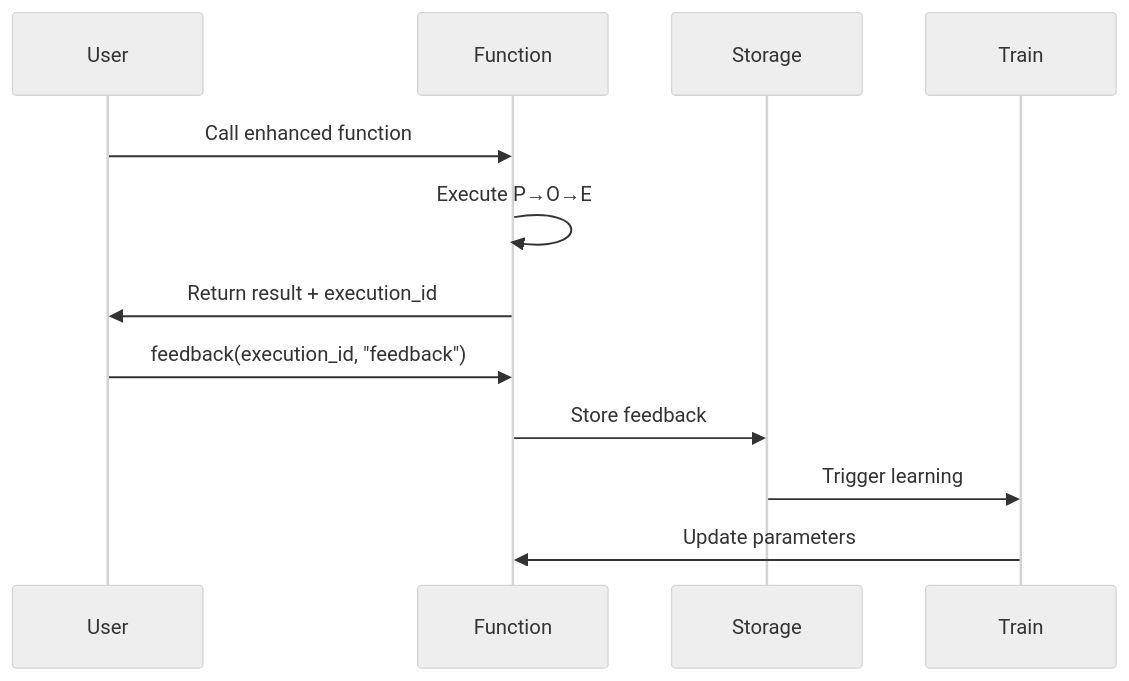
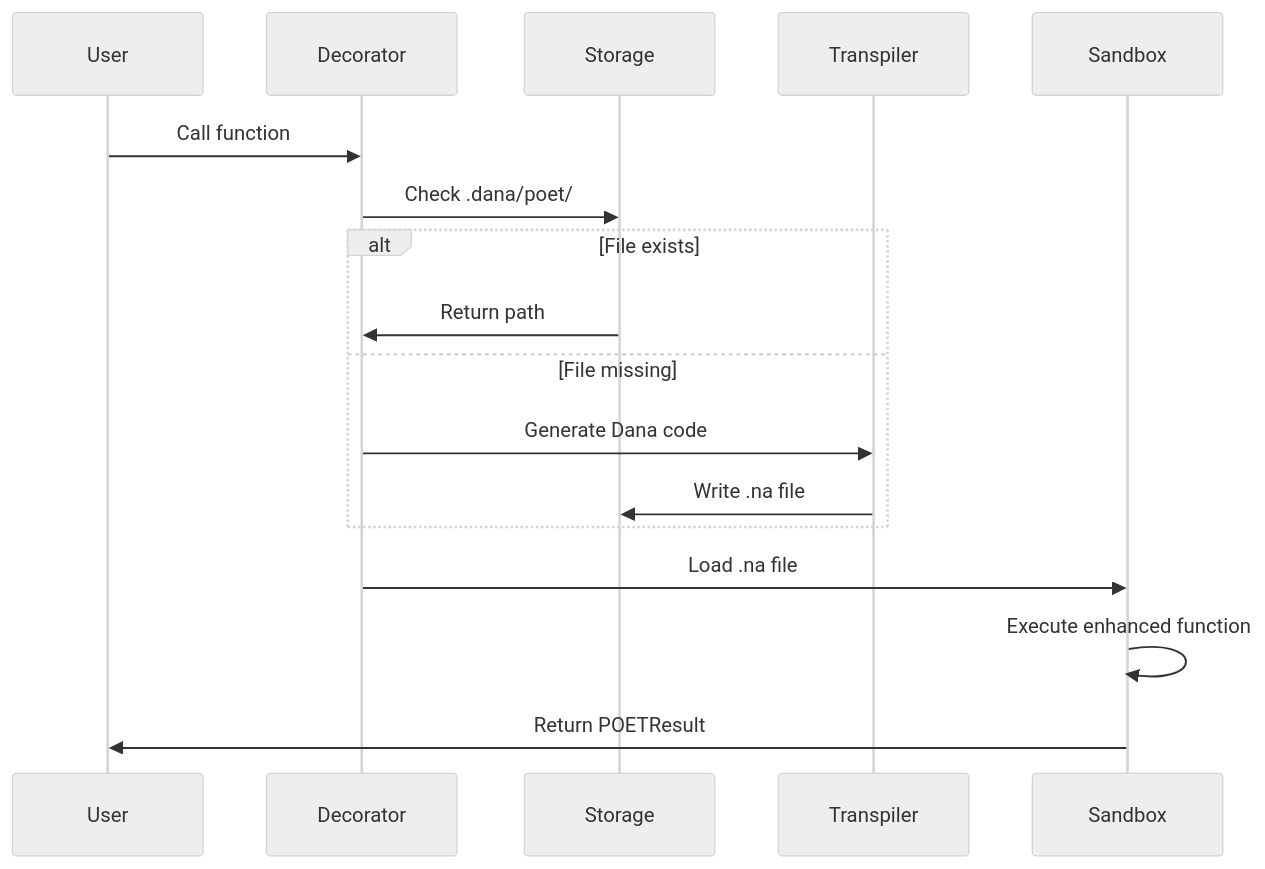
Before and after one commit to aitomatic/dana: the diagram in opendxa/dana/poet/.design/poet_design_consolidated.md, drawn with Mermaid (neutral theme). The commit also changed other lines of this file and 3 other files, not shown here.

Commit message:
Refactor POET to local storage with Dana code generation

````diff
--- a/opendxa/dana/poet/.design/poet_design_consolidated.md
+++ b/opendxa/dana/poet/.design/poet_design_consolidated.md
@@ -200,15 +271,22 @@
 ```mermaid
 sequenceDiagram
     participant User
-    participant Function
+    participant Decorator
     participant Storage
-    participant Train
+    participant Transpiler
+    participant Sandbox
     
-    User->>Function: Call enhanced function
-    Function->>Function: Execute P→O→E
-    Function->>User: Return result + execution_id
-    User->>Function: feedback(execution_id, "feedback")
-    Function->>Storage: Store feedback
-    Storage->>Train: Trigger learning
-    Train->>Function: Update parameters
+    User->>Decorator: Call function
+    Decorator->>Storage: Check .dana/poet/
+    
+    alt File exists
+        Storage->>Decorator: Return path
+    else File missing
+        Decorator->>Transpiler: Generate Dana code
+        Transpiler->>Storage: Write .na file
+    end
+    
+    Decorator->>Sandbox: Load .na file
+    Sandbox->>Sandbox: Execute enhanced function
+    Sandbox->>User: Return POETResult
 ```
````
